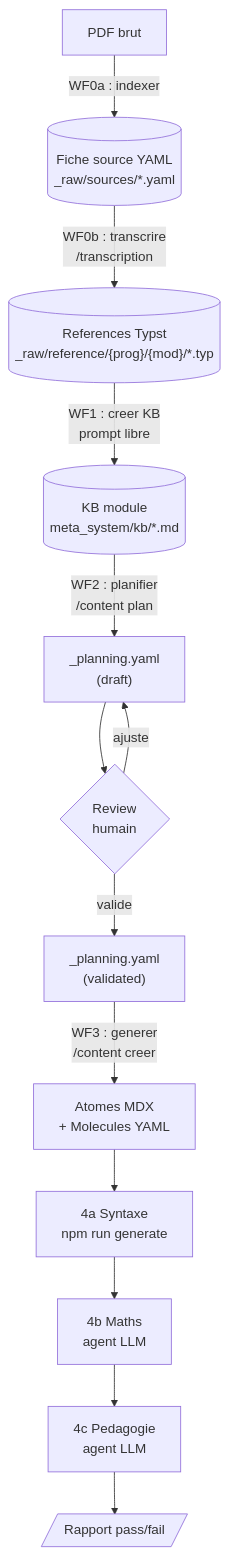
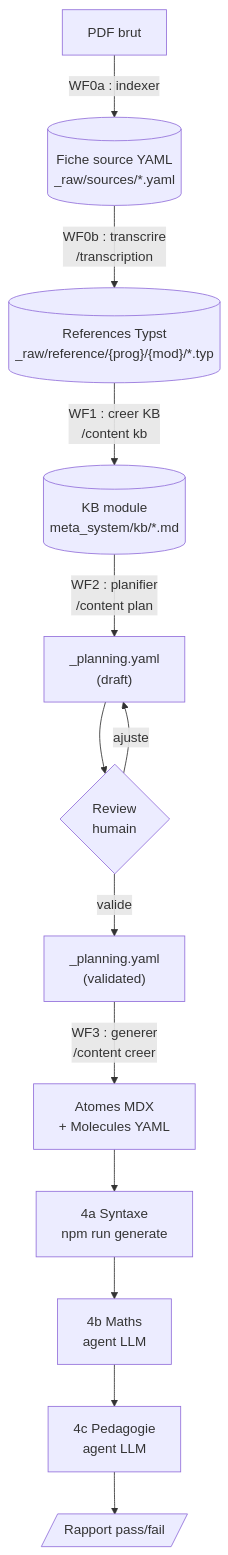
The first of 6 diagrams in docs/content-agentic-workflow.md (bilalYezzaGit/learning-web), drawn with Mermaid before and after one commit. The commit also changed other lines of this file and 2 other files, not shown here.

````diff
--- a/docs/content-agentic-workflow.md
+++ b/docs/content-agentic-workflow.md
@@ -41,15 +41,15 @@
 ```mermaid
 flowchart TD
     PDF["PDF brut"] -->|"WF0a : indexer"| Fiche[("Fiche source YAML\n_raw/sources/*.yaml")]
     Fiche -->|"WF0b : transcrire\n/transcription"| Typst[("References Typst\n_raw/reference/{prog}/{mod}/*.typ")]
-    Typst -->|"WF1 : creer KB\nprompt libre"| KB[("KB module\nmeta_system/kb/*.md")]
+    Typst -->|"WF1 : creer KB\n/content kb"| KB[("KB module\nmeta_system/kb/*.md")]
     KB -->|"WF2 : planifier\n/content plan"| Plan["_planning.yaml\n(draft)"]
     Plan --> Review{"Review\nhumain"}
     Review -->|"ajuste"| Plan
     Review -->|"valide"| PlanV["_planning.yaml\n(validated)"]
     PlanV -->|"WF3 : generer\n/content creer"| Contenu["Atomes MDX\n+ Molecules YAML"]
     Contenu --> V4a["4a Syntaxe\nnpm run generate"]
     V4a --> V4b["4b Maths\nagent LLM"]
     V4b --> V4c["4c Pedagogie\nagent LLM"]
     V4c --> Rapport[/"Rapport pass/fail"/]
 ```
````
